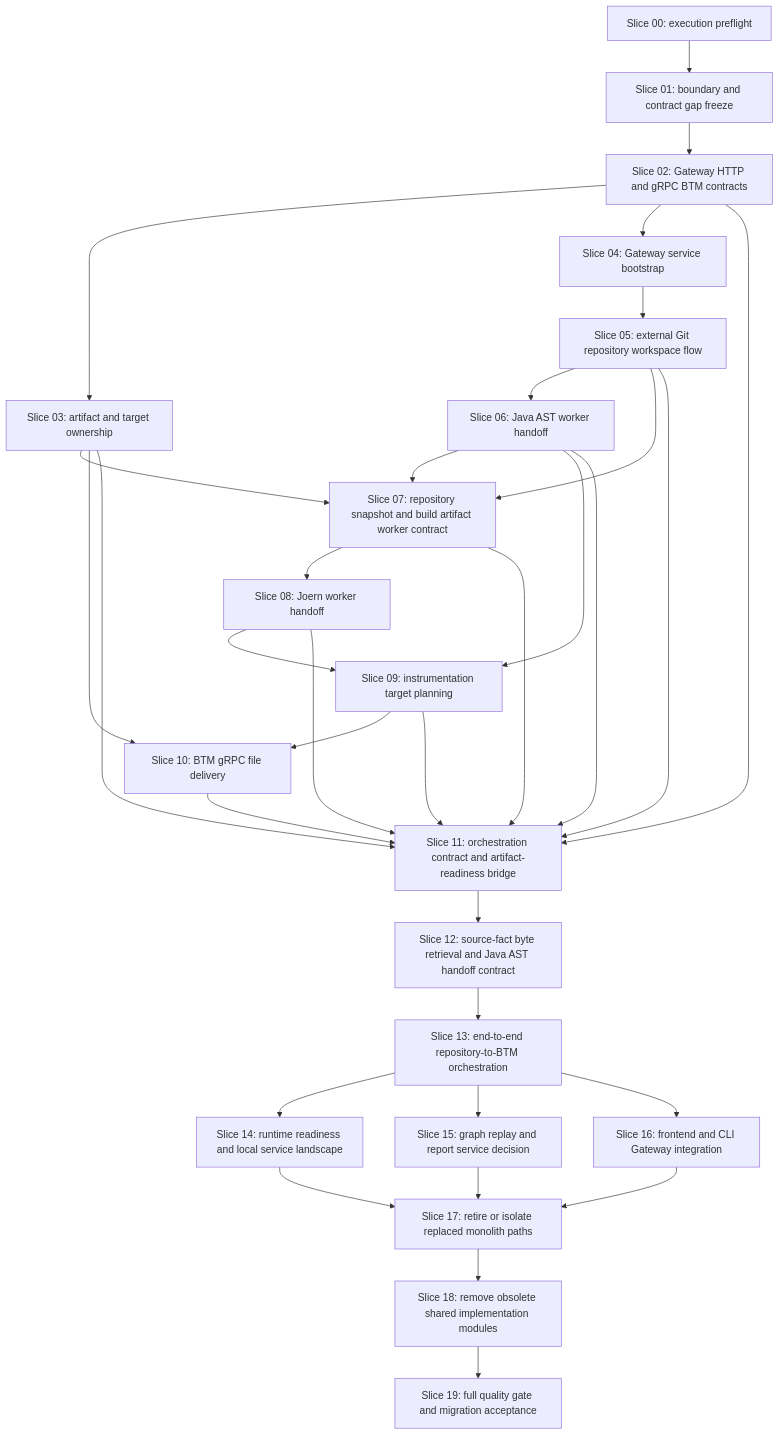
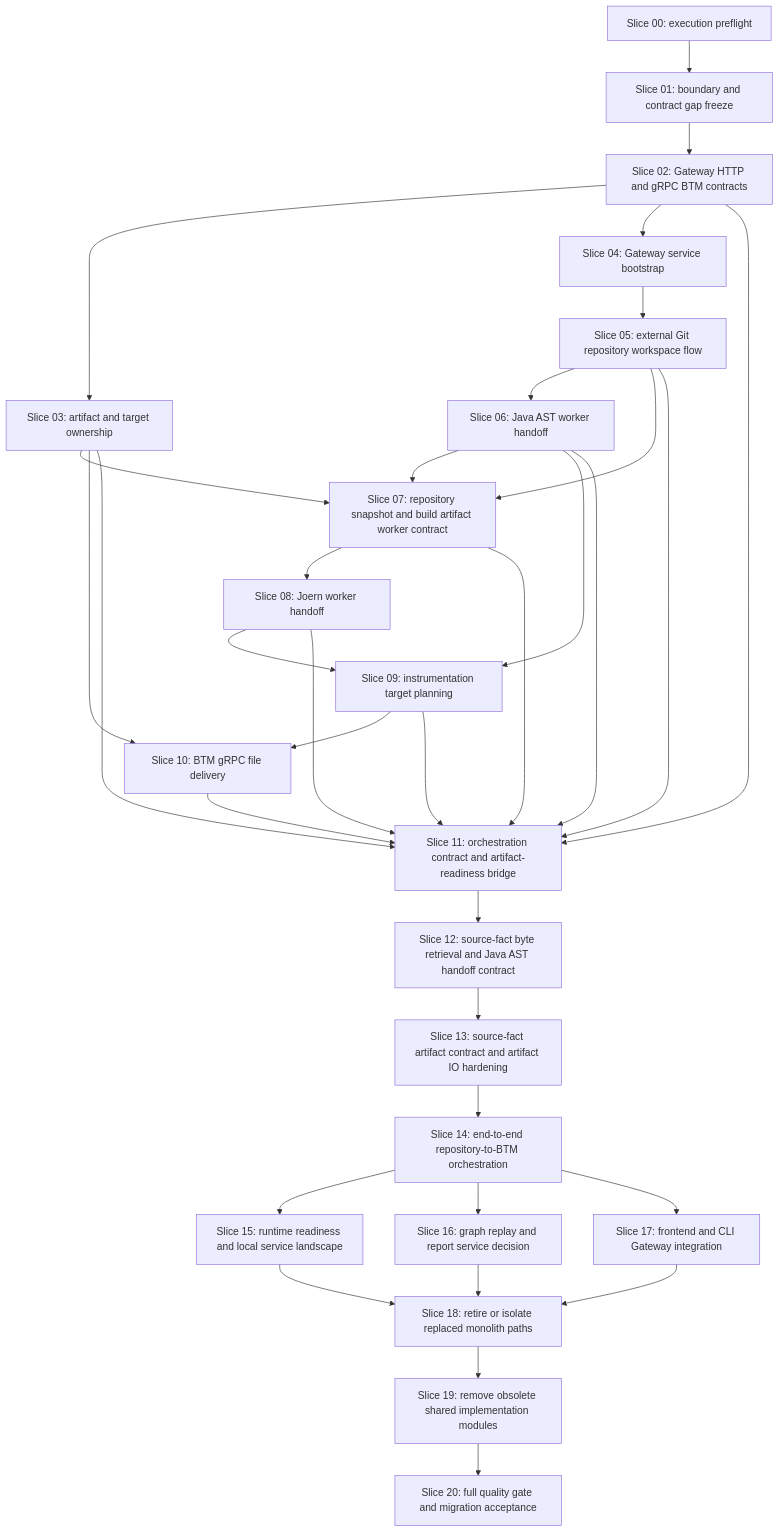
One commit to MatthiasBurger-Coder/forensic_analytics changed the diagram in docs/workflow/slice-dependency-map.md. Above: the diagram before and after it, drawn with Mermaid. The commit also changed other lines of this file and 7 other files, not shown here.

First line of the commit message:
docs(workflow): add source-fact artifact prerequisite

````diff
--- a/docs/workflow/slice-dependency-map.md
+++ b/docs/workflow/slice-dependency-map.md
@@ -3,54 +3,56 @@
 ```mermaid
 flowchart TD
   S00["Slice 00: execution preflight"]
   S01["Slice 01: boundary and contract gap freeze"]
   S02["Slice 02: Gateway HTTP and gRPC BTM contracts"]
   S03["Slice 03: artifact and target ownership"]
   S04["Slice 04: Gateway service bootstrap"]
   S05["Slice 05: external Git repository workspace flow"]
   S06["Slice 06: Java AST worker handoff"]
   S07["Slice 07: repository snapshot and build artifact worker contract"]
   S08["Slice 08: Joern worker handoff"]
   S09["Slice 09: instrumentation target planning"]
   S10["Slice 10: BTM gRPC file delivery"]
   S11["Slice 11: orchestration contract and artifact-readiness bridge"]
   S12["Slice 12: source-fact byte retrieval and Java AST handoff contract"]
-  S13["Slice 13: end-to-end repository-to-BTM orchestration"]
-  S14["Slice 14: runtime readiness and local service landscape"]
-  S15["Slice 15: graph replay and report service decision"]
-  S16["Slice 16: frontend and CLI Gateway integration"]
-  S17["Slice 17: retire or isolate replaced monolith paths"]
-  S18["Slice 18: remove obsolete shared implementation modules"]
-  S19["Slice 19: full quality gate and migration acceptance"]
+  S13["Slice 13: source-fact artifact contract and artifact IO hardening"]
+  S14["Slice 14: end-to-end repository-to-BTM orchestration"]
+  S15["Slice 15: runtime readiness and local service landscape"]
+  S16["Slice 16: graph replay and report service decision"]
+  S17["Slice 17: frontend and CLI Gateway integration"]
+  S18["Slice 18: retire or isolate replaced monolith paths"]
+  S19["Slice 19: remove obsolete shared implementation modules"]
+  S20["Slice 20: full quality gate and migration acceptance"]
 
   S00 --> S01 --> S02
   S02 --> S03
   S02 --> S04
   S04 --> S05
   S05 --> S06
   S03 --> S07
   S05 --> S07
   S06 --> S07
   S07 --> S08
   S06 --> S09
   S08 --> S09
   S03 --> S10
   S09 --> S10
   S02 --> S11
   S03 --> S11
   S05 --> S11
   S06 --> S11
   S07 --> S11
   S08 --> S11
   S09 --> S11
   S10 --> S11
   S11 --> S12
   S12 --> S13
   S13 --> S14
-  S13 --> S15
-  S13 --> S16
+  S14 --> S15
+  S14 --> S16
   S14 --> S17
-  S15 --> S17
-  S16 --> S17
-  S17 --> S18 --> S19
+  S15 --> S18
+  S16 --> S18
+  S17 --> S18
+  S18 --> S19 --> S20
 ```
````
